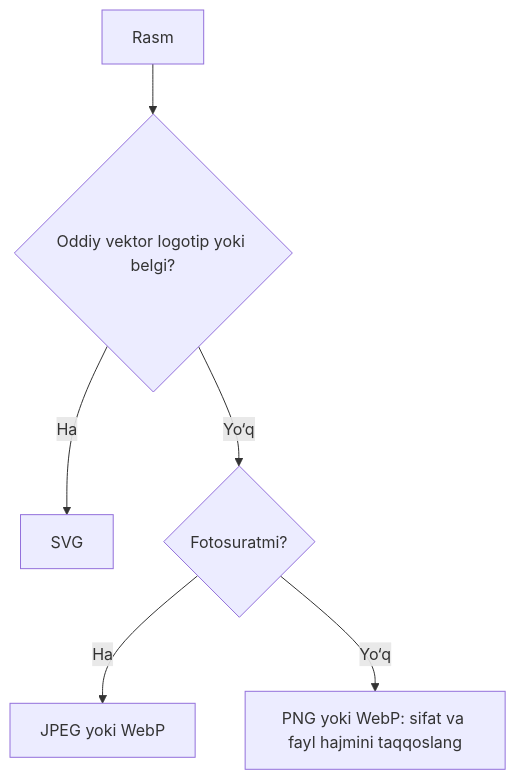
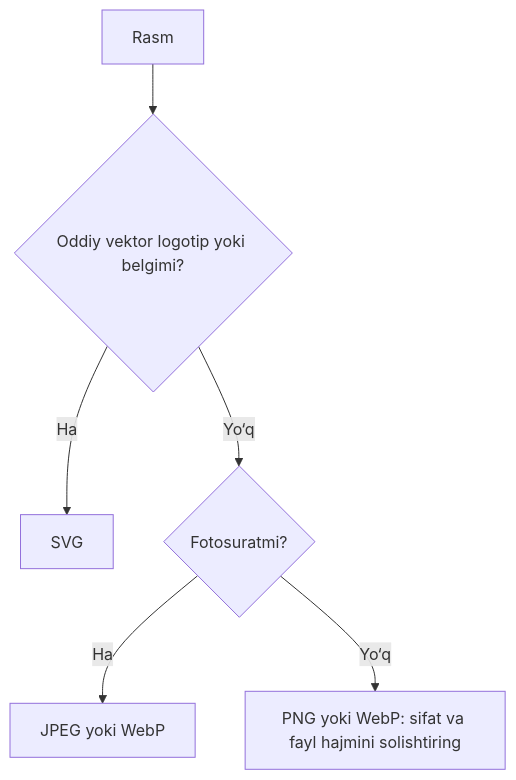
The first of 2 diagrams in HTML/Lesson-4/uz/Rasmlar va media.md (JLearn-space/JLearn-docs), drawn with Mermaid before and after one commit. The commit also changed other lines of this file and 148 other files, not shown here.

````diff
--- a/HTML/Lesson-4/uz/Rasmlar va media.md
+++ b/HTML/Lesson-4/uz/Rasmlar va media.md
@@ -166,8 +150,8 @@
 ```mermaid
 flowchart TD
-    A["Rasm"] --> B{"Oddiy vektor logotip yoki belgi?"}
+    A["Rasm"] --> B{"Oddiy vektor logotip yoki belgimi?"}
     B -->|Ha| C["SVG"]
     B -->|Yo‘q| D{"Fotosuratmi?"}
     D -->|Ha| E["JPEG yoki WebP"]
-    D -->|Yo‘q| F["PNG yoki WebP: sifat va fayl hajmini taqqoslang"]
+    D -->|Yo‘q| F["PNG yoki WebP: sifat va fayl hajmini solishtiring"]
 ```
````
